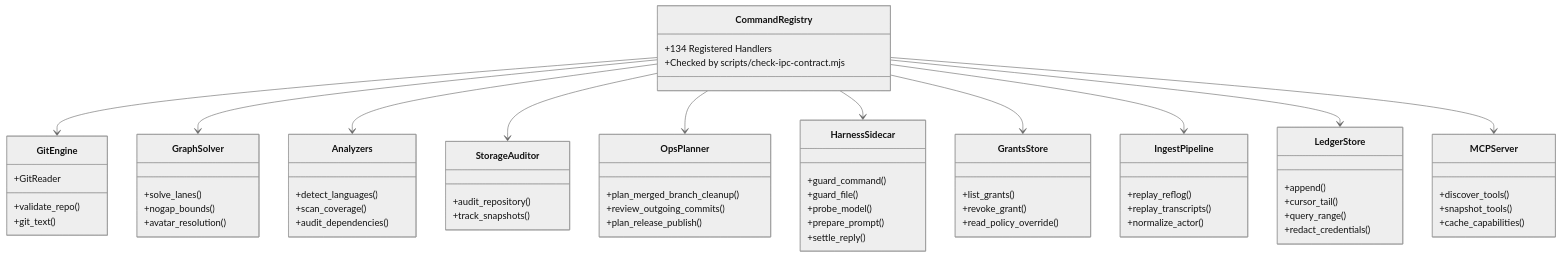
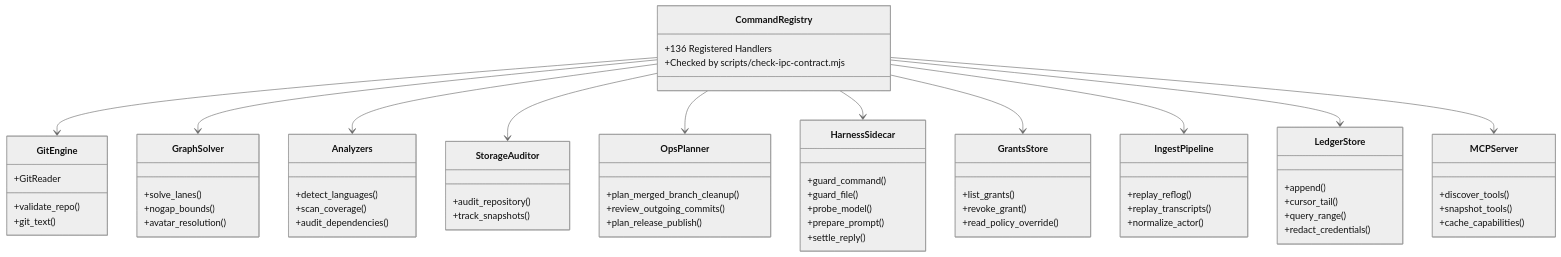
One commit to bharathvbcr/GitPulse changed the third of 4 diagrams in docs/ARCHITECTURE.md. Above: the diagram before and after it, drawn with Mermaid (neutral theme). The commit also changed other lines of this file and 199 other files, not shown here.

````diff
--- a/docs/ARCHITECTURE.md
+++ b/docs/ARCHITECTURE.md
@@ -100,70 +116,70 @@
 ```mermaid
 classDiagram
     class CommandRegistry {
-        +134 Registered Handlers
+        +136 Registered Handlers
         +Checked by scripts/check-ipc-contract.mjs
     }
     class GitEngine {
         +validate_repo()
         +git_text()
         +GitReader
     }
     class GraphSolver {
         +solve_lanes()
         +nogap_bounds()
         +avatar_resolution()
     }
     class Analyzers {
         +detect_languages()
         +scan_coverage()
         +audit_dependencies()
     }
     class StorageAuditor {
         +audit_repository()
         +track_snapshots()
     }
     class GrantsStore {
         +list_grants()
         +revoke_grant()
         +read_policy_override()
     }
     class IngestPipeline {
         +replay_reflog()
         +replay_transcripts()
         +normalize_actor()
     }
     class LedgerStore {
         +append()
         +cursor_tail()
         +query_range()
         +redact_credentials()
     }
     class OpsPlanner {
         +plan_merged_branch_cleanup()
         +review_outgoing_commits()
         +plan_release_publish()
     }
     class MCPServer {
         +discover_tools()
         +snapshot_tools()
         +cache_capabilities()
     }
     class HarnessSidecar {
         +guard_command()
         +guard_file()
         +probe_model()
         +prepare_prompt()
         +settle_reply()
     }
 
     CommandRegistry --> GitEngine
     CommandRegistry --> GraphSolver
     CommandRegistry --> Analyzers
     CommandRegistry --> StorageAuditor
     CommandRegistry --> OpsPlanner
     CommandRegistry --> HarnessSidecar
     CommandRegistry --> GrantsStore
     CommandRegistry --> IngestPipeline
     CommandRegistry --> LedgerStore
     CommandRegistry --> MCPServer
 ```
````
